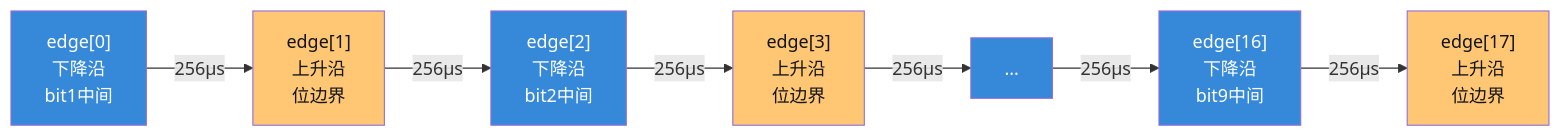
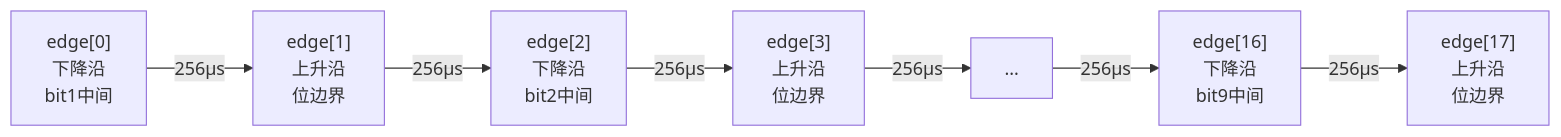
Before and after one commit to Siaiai/ObsidianNote: the sixth of 32 diagrams in 输出/SR3读卡器/EM4095详解.md, drawn with Mermaid. The commit also changed other lines of this file and 2 other files, not shown here.

````diff
--- a/输出/SR3读卡器/EM4095详解.md
+++ b/输出/SR3读卡器/EM4095详解.md
@@ -201,33 +189,17 @@
 ```mermaid
 
 flowchart LR
 
     E0["edge[0]\n下降沿\nbit1中间"] -->|"256µs"| E1["edge[1]\n上升沿\n位边界"]
 
     -->|"256µs"| E2["edge[2]\n下降沿\nbit2中间"]
 
     -->|"256µs"| E3["edge[3]\n上升沿\n位边界"]
 
     -->|"256µs"| E4["..."]
 
     -->|"256µs"| E16["edge[16]\n下降沿\nbit9中间"]
 
     -->|"256µs"| E17["edge[17]\n上升沿\n位边界"]
 
-  
-
-    style E0 fill:#3688d8,color:#fff
-
-    style E2 fill:#3688d8,color:#fff
-
-    style E4 fill:#3688d8,color:#fff
-
-    style E16 fill:#3688d8,color:#fff
-
-    style E1 fill:#ffc673,color:#121418
-
-    style E3 fill:#ffc673,color:#121418
-
-    style E17 fill:#ffc673,color:#121418
-
 ```
````
